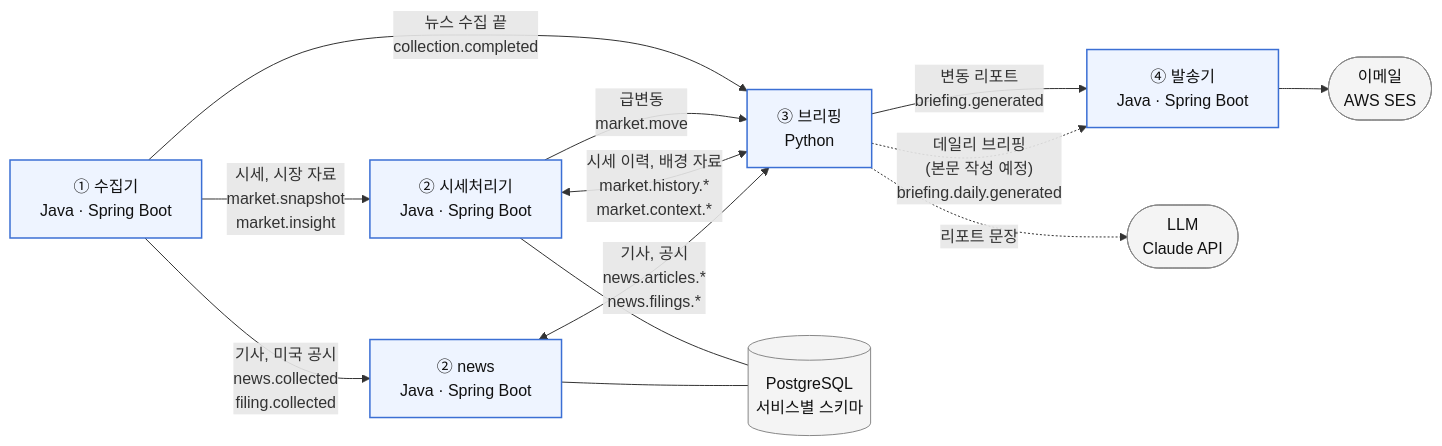
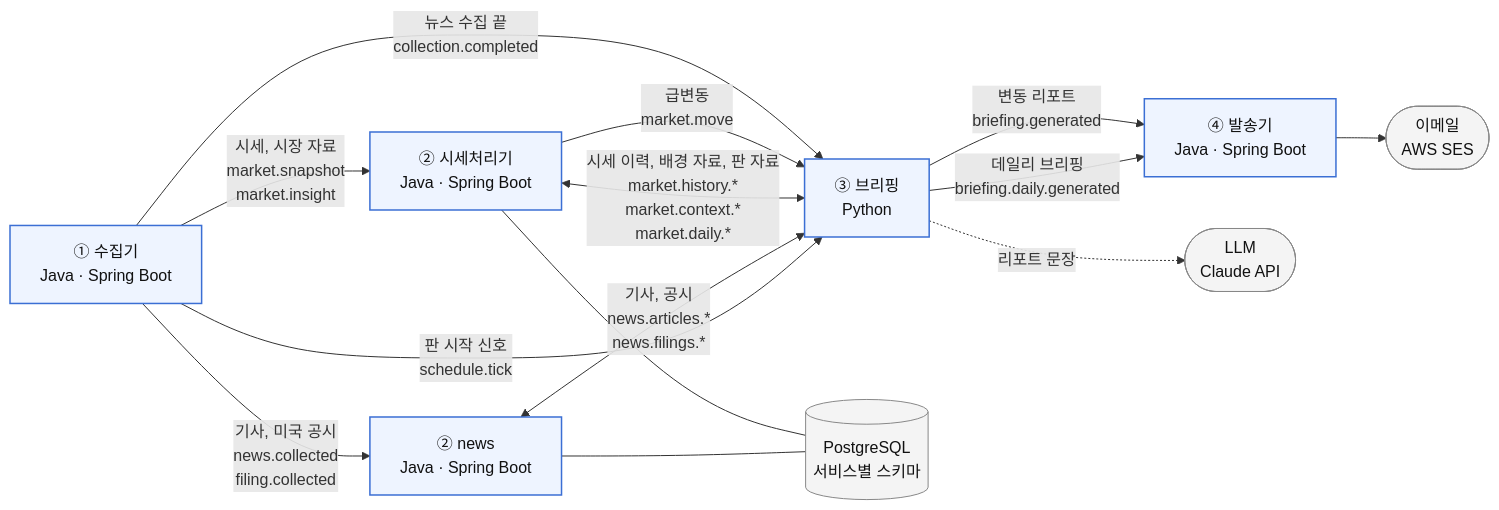
Before and after one commit to yc0191/stock-reading: the diagram in README.md, drawn with Mermaid. The commit also changed other lines of this file and 6 other files, not shown here.

First line of the commit message:
[docs] : Add a daily briefing end-to-end check and update the docs

````diff
--- a/README.md
+++ b/README.md
@@ -15,27 +15,28 @@
 ```mermaid
 flowchart LR
     classDef svc fill:#eef4ff,stroke:#3b6fd4,stroke-width:1.5px,color:#111
     classDef ext fill:#f4f4f4,stroke:#888,color:#111
 
     C["① 수집기<br/>Java · Spring Boot"]:::svc
     M["② 시세처리기<br/>Java · Spring Boot"]:::svc
     NW["② news<br/>Java · Spring Boot"]:::svc
     B["③ 브리핑<br/>Python"]:::svc
     N["④ 발송기<br/>Java · Spring Boot"]:::svc
     DB[("PostgreSQL<br/>서비스별 스키마")]:::ext
     LLM(["LLM<br/>Claude API"]):::ext
     MAIL(["이메일<br/>AWS SES"]):::ext
 
     C -->|"시세, 시장 자료<br/>market.snapshot<br/>market.insight"| M
     C -->|"기사, 미국 공시<br/>news.collected<br/>filing.collected"| NW
     C -->|"뉴스 수집 끝<br/>collection.completed"| B
     M -->|"급변동<br/>market.move"| B
-    M <-->|"시세 이력, 배경 자료<br/>market.history.*<br/>market.context.*"| B
+    M <-->|"시세 이력, 배경 자료, 판 자료<br/>market.history.*<br/>market.context.*<br/>market.daily.*"| B
     NW <-->|"기사, 공시<br/>news.articles.*<br/>news.filings.*"| B
     M --- DB
     NW --- DB
     B -.->|"리포트 문장"| LLM
     B -->|"변동 리포트<br/>briefing.generated"| N
-    B -.->|"데일리 브리핑<br/>(본문 작성 예정)<br/>briefing.daily.generated"| N
+    C -->|"판 시작 신호<br/>schedule.tick"| B
+    B -->|"데일리 브리핑<br/>briefing.daily.generated"| N
     N --> MAIL
 ```
````
